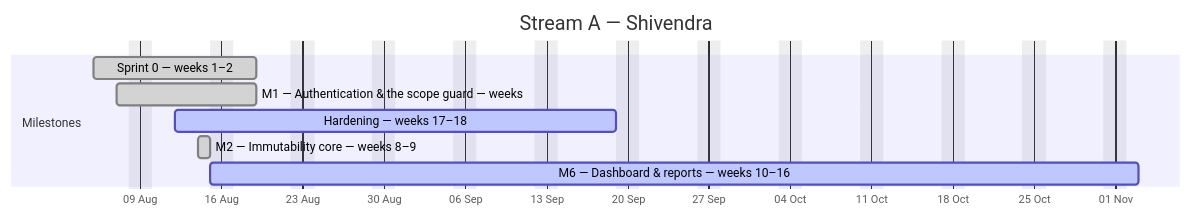
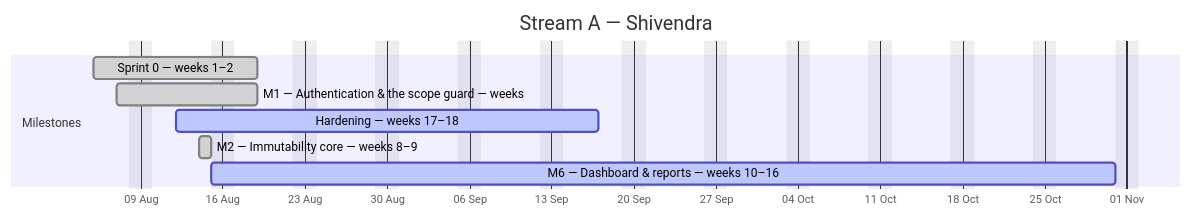
Before and after one commit to debashisedunext/EduTrack: the first of 4 diagrams in docs/plan/GANTT.md, drawn with Mermaid. The commit also changed other lines of this file and 3 other files, not shown here.

````diff
--- a/docs/plan/GANTT.md
+++ b/docs/plan/GANTT.md
@@ -116,13 +115,13 @@
 ```mermaid
 gantt
     dateFormat YYYY-MM-DD
     axisFormat %d %b
     title Stream A — Shivendra
     excludes weekends
     section Milestones
     Sprint 0 — weeks 1–2 :done, a0, 2026-08-05, 10d
     M1 — Authentication & the scope guard — weeks :done, a1, 2026-08-07, 8d
-    Hardening — weeks 17–18 :active, a2, 2026-08-12, 28d
+    Hardening — weeks 17–18 :active, a2, 2026-08-12, 26d
     M2 — Immutability core — weeks 8–9 :done, a3, 2026-08-14, 1d
-    M6 — Dashboard & reports — weeks 10–16 :active, a4, 2026-08-15, 57d
+    M6 — Dashboard & reports — weeks 10–16 :active, a4, 2026-08-15, 56d
 ```
````
